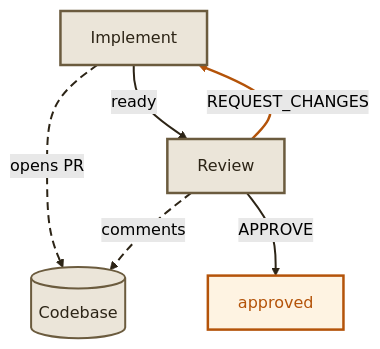
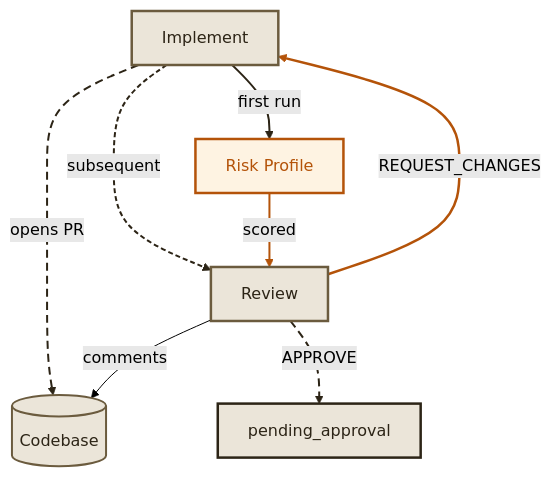
One commit to dunkinfrunkin/maestro changed the third of 5 diagrams in docs/docs/pipeline.mdx. Above: the diagram before and after it, drawn with Mermaid (forest theme). The commit also changed other lines of this file and 4 other files, not shown here.

First line of the commit message:
docs: update flow order - risk profile runs after implementation, before review

````diff
--- a/docs/docs/pipeline.mdx
+++ b/docs/docs/pipeline.mdx
@@ -88,19 +96,24 @@
 ```mermaid
 graph TB
   IA["Implement"] -- "opens PR" --> CB[("Codebase")]
-  IA -- "ready" --> RA["Review"]
-  RA -- "APPROVE" --> NEXT["approved"]
+  IA -- "first run" --> RP["Risk Profile"]
+  IA -- "subsequent" --> RA["Review"]
+  RP -- "scored" --> RA
+  RA -- "APPROVE" --> NEXT["pending_approval"]
   RA -- "REQUEST_CHANGES" --> IA
   RA -- "comments" --> CB
 
   style IA fill:#ebe5d9,stroke:#6b5b3e,stroke-width:2.5px,color:#2c2416
   style CB fill:#ebe5d9,stroke:#6b5b3e,stroke-width:2px,color:#2c2416
+  style RP fill:#fef3e2,stroke:#b45309,stroke-width:2.5px,color:#b45309
   style RA fill:#ebe5d9,stroke:#6b5b3e,stroke-width:2.5px,color:#2c2416
-  style NEXT fill:#fef3e2,stroke:#b45309,stroke-width:2.5px,color:#b45309
+  style NEXT fill:#ebe5d9,stroke:#2c2416,stroke-width:2.5px,color:#2c2416
 
   linkStyle 0 stroke:#2c2416,stroke-width:2px,stroke-dasharray:8 5
   linkStyle 1 stroke:#2c2416,stroke-width:2px
-  linkStyle 2 stroke:#2c2416,stroke-width:2px
-  linkStyle 3 stroke:#b45309,stroke-width:2.5px
+  linkStyle 2 stroke:#2c2416,stroke-width:2px,stroke-dasharray:5 3
+  linkStyle 3 stroke:#b45309,stroke-width:2px
+  linkStyle 4 stroke:#2c2416,stroke-width:2px
+  linkStyle 5 stroke:#b45309,stroke-width:2.5px
   linkStyle 4 stroke:#2c2416,stroke-width:2px,stroke-dasharray:8 5
 ```
````
